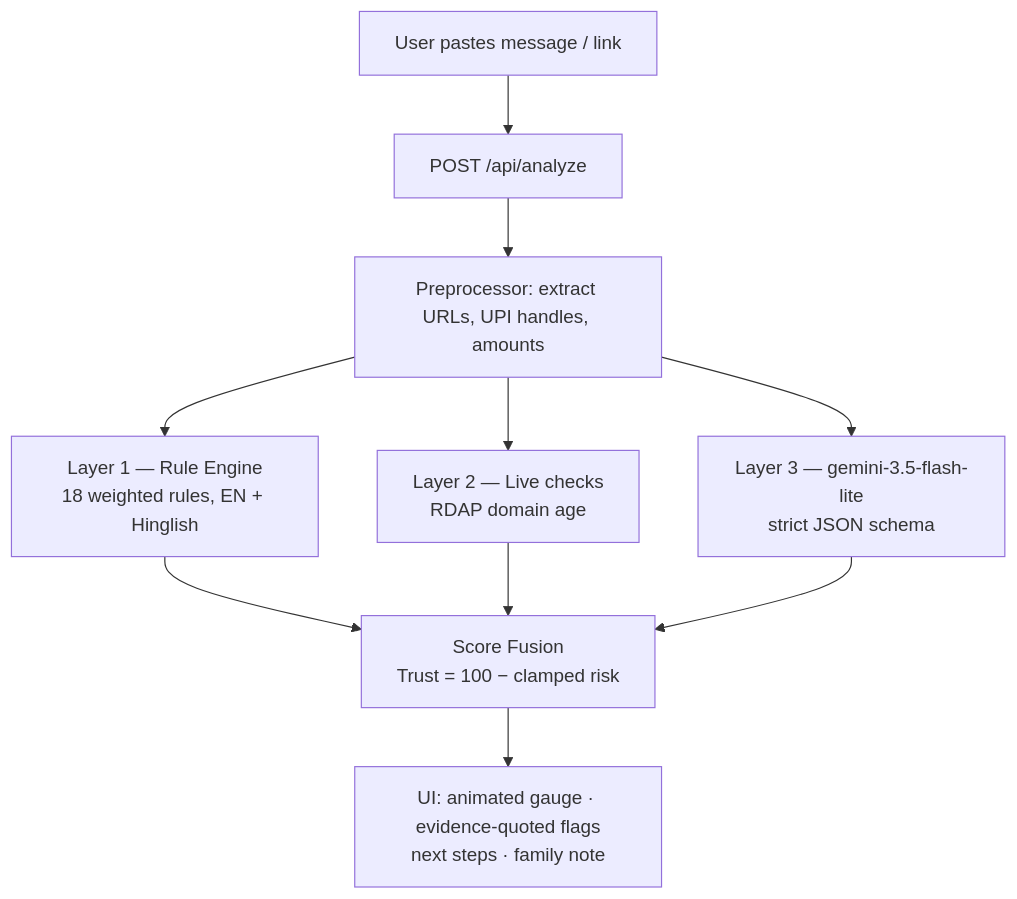
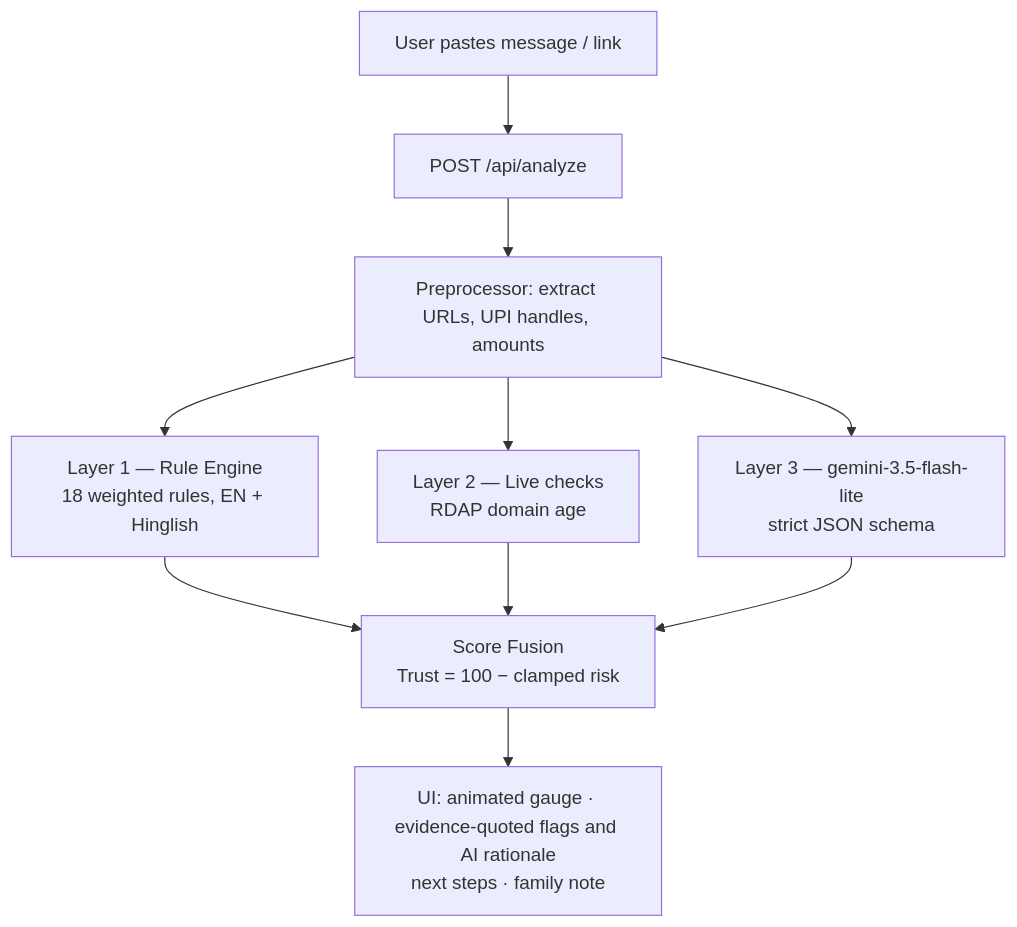
One commit to Himanshu-GenAI/Phish_Gaurd changed the diagram in README.md. Above: the diagram before and after it, drawn with Mermaid. The commit also changed other lines of this file and 15 other files, not shown here.

````diff
--- a/README.md
+++ b/README.md
@@ -155,15 +157,15 @@
 ```mermaid
 flowchart TD
     A[User pastes message / link] --> B["POST /api/analyze"]
     B --> C[Preprocessor: extract URLs, UPI handles, amounts]
     D["Layer 1 — Rule Engine\n18 weighted rules, EN + Hinglish"]
     E["Layer 2 — Live checks\nRDAP domain age"]
     F["Layer 3 — gemini-3.5-flash-lite\nstrict JSON schema"]
     C --> D
     C --> E
     C --> F
     D --> G["Score Fusion\nTrust = 100 − clamped risk"]
     E --> G
     F --> G
-    G --> H["UI: animated gauge · evidence-quoted flags\nnext steps · family note"]
+    G --> H["UI: animated gauge · evidence-quoted flags and AI rationale\nnext steps · family note"]
 ```
````
